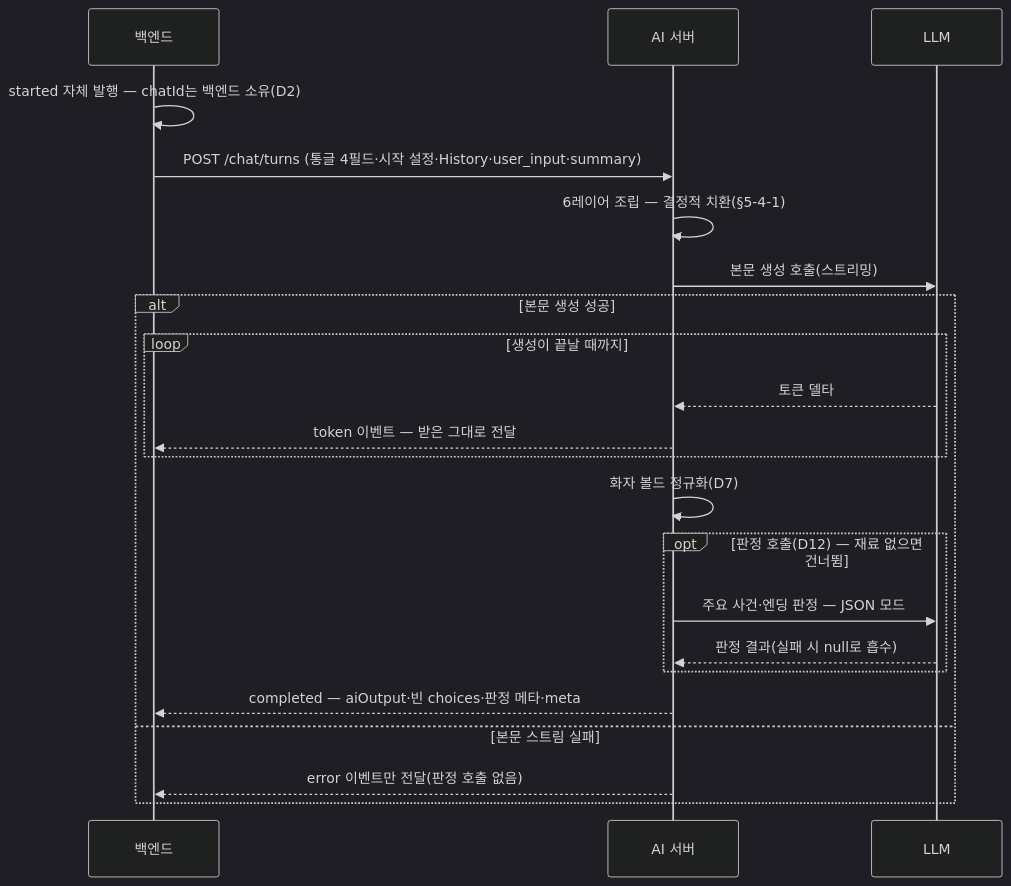
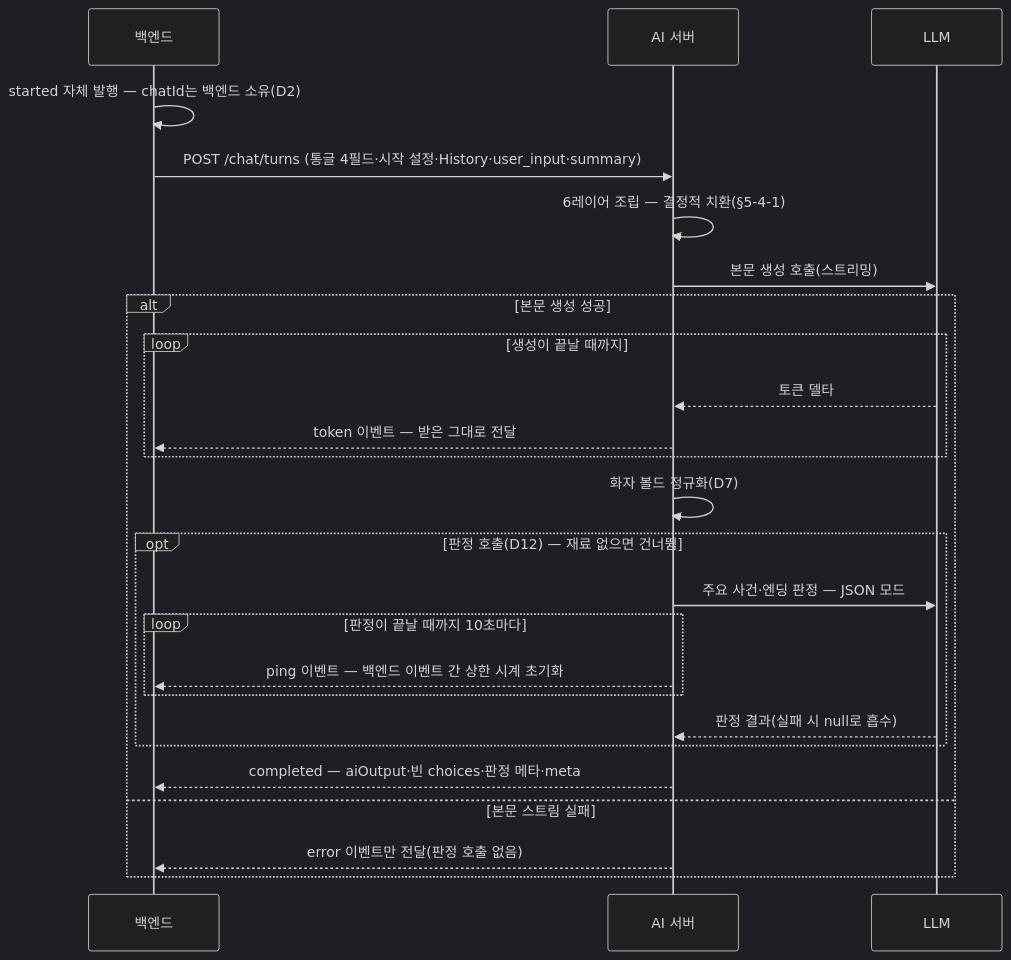
One commit to KIM-N-KANG/knk-harness changed the fourth of 8 diagrams in docs/product-specs/5-ai-server.md. Above: the diagram before and after it, drawn with Mermaid (dark theme). The commit also changed other lines of this file, not shown here.

````diff
--- a/docs/product-specs/5-ai-server.md
+++ b/docs/product-specs/5-ai-server.md
@@ -497,25 +526,28 @@
 ```mermaid
 sequenceDiagram
     participant BE as 백엔드
     participant AI as AI 서버
     participant LLM as LLM
 
     BE->>BE: started 자체 발행 — chatId는 백엔드 소유(D2)
     BE->>AI: POST /chat/turns (통글 4필드·시작 설정·History·user_input·summary)
     AI->>AI: 6레이어 조립 — 결정적 치환(§5-4-1)
     AI->>LLM: 본문 생성 호출(스트리밍)
     alt 본문 생성 성공
         loop 생성이 끝날 때까지
             LLM-->>AI: 토큰 델타
             AI-->>BE: token 이벤트 — 받은 그대로 전달
         end
         AI->>AI: 화자 볼드 정규화(D7)
         opt 판정 호출(D12) — 재료 없으면 건너뜀
             AI->>LLM: 주요 사건·엔딩 판정 — JSON 모드
+            loop 판정이 끝날 때까지 10초마다
+                AI-->>BE: ping 이벤트 — 백엔드 이벤트 간 상한 시계 초기화
+            end
             LLM-->>AI: 판정 결과(실패 시 null로 흡수)
         end
         AI-->>BE: completed — aiOutput·빈 choices·판정 메타·meta
     else 본문 스트림 실패
         AI-->>BE: error 이벤트만 전달(판정 호출 없음)
     end
 ```
````
